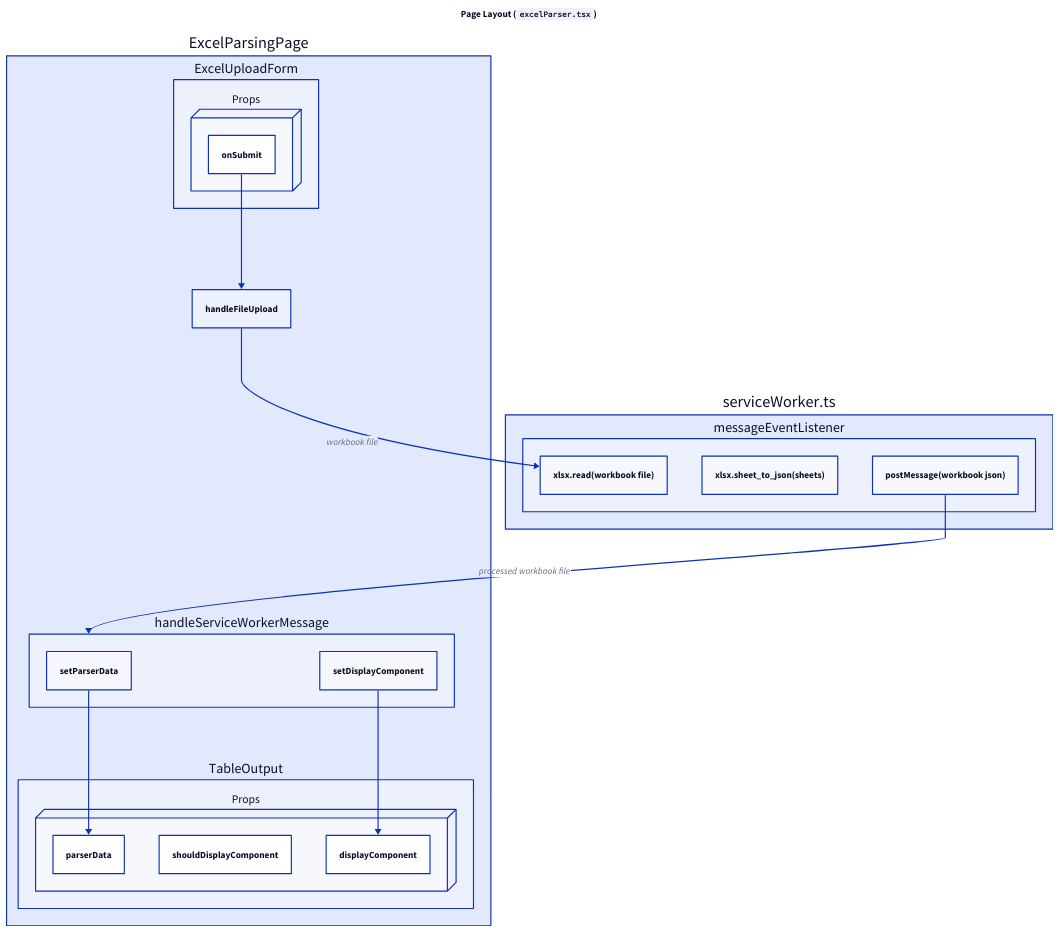
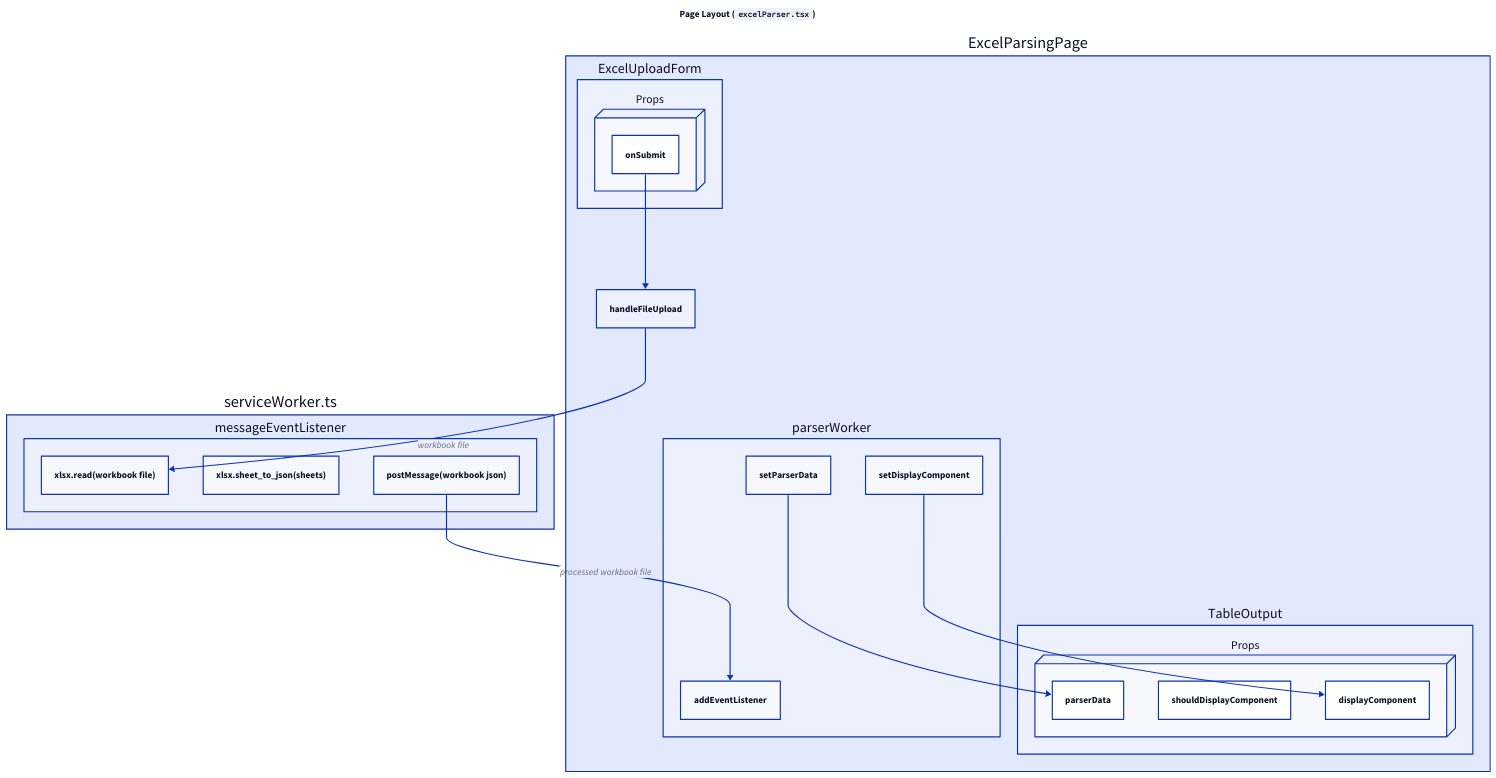
One commit to HC-IPPM/safe-inputs changed the diagram in rspack-ui/docs/excel-parser-layout.d2. Above: the diagram before and after it, drawn with D2. The commit also changed 7 other files, not shown here.

Commit message:
refactor(web worker): swap out service worker for web worker - web worker is created directly with Worker API - web worker registers callback for messages against itself - rename various functions - update docs

```diff
--- a/rspack-ui/docs/excel-parser-layout.d2
+++ b/rspack-ui/docs/excel-parser-layout.d2
@@ -1,43 +1,44 @@
 title: |md
 
    **Page Layout (`excelParser.tsx`)**
 
 | { near: top-center }
 
 
 ExcelParsingPage: {
     handleFileUpload
-    handleServiceWorkerMessage: {
+    parserWorker: {
         setDisplayComponent
         setParserData
+        addEventListener
     }
     ExcelUploadForm: {
         Props: {
             onSubmit
         }
         Props.style.3d: true
     }
     TableOutput: {
         Props: {
             parserData
             shouldDisplayComponent
         }
         Props.style.3d: true
     }
 }
 
 ExcelParsingPage.handleFileUpload <- ExcelParsingPage.ExcelUploadForm.Props.onSubmit
 
 serviceWorker\.ts: {
   messageEventListener: {
     xlsx\.read(workbook file)
     xlsx\.sheet_to_json(sheets)
     postMessage(workbook json)
   }
 }
 
 ExcelParsingPage.handleFileUpload -> serviceWorker\.ts.messageEventListener.xlsx\.read(workbook file): workbook file
-serviceWorker\.ts.messageEventListener.postMessage(workbook json) -> ExcelParsingPage.handleServiceWorkerMessage: processed workbook file
+serviceWorker\.ts.messageEventListener.postMessage(workbook json) -> ExcelParsingPage.parserWorker.addEventListener: processed workbook file
 
-ExcelParsingPage.handleServiceWorkerMessage.setDisplayComponent -> ExcelParsingPage.TableOutput.Props.displayComponent
-ExcelParsingPage.handleServiceWorkerMessage.setParserData -> ExcelParsingPage.TableOutput.Props.parserData
+ExcelParsingPage.parserWorker.setDisplayComponent -> ExcelParsingPage.TableOutput.Props.displayComponent
+ExcelParsingPage.parserWorker.setParserData -> ExcelParsingPage.TableOutput.Props.parserData
```
